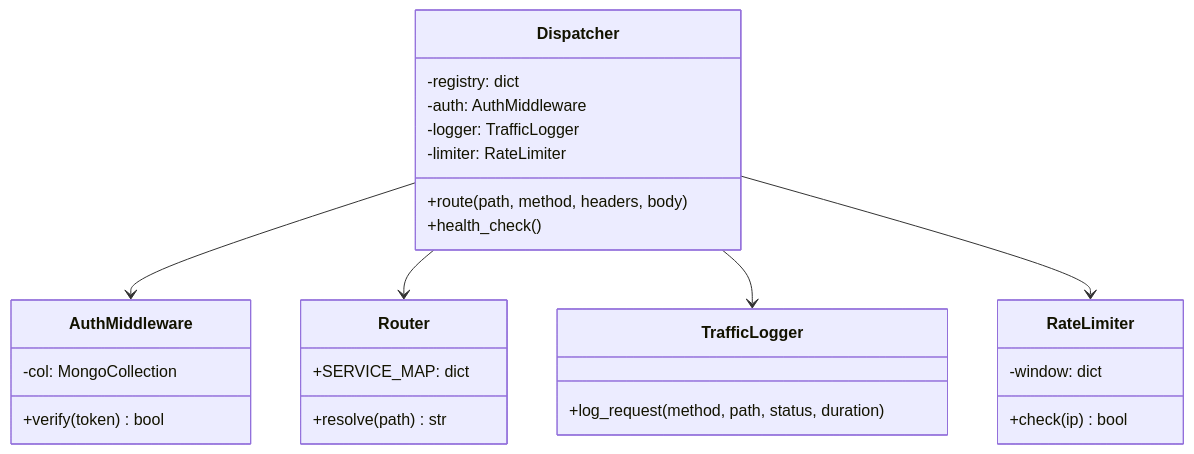
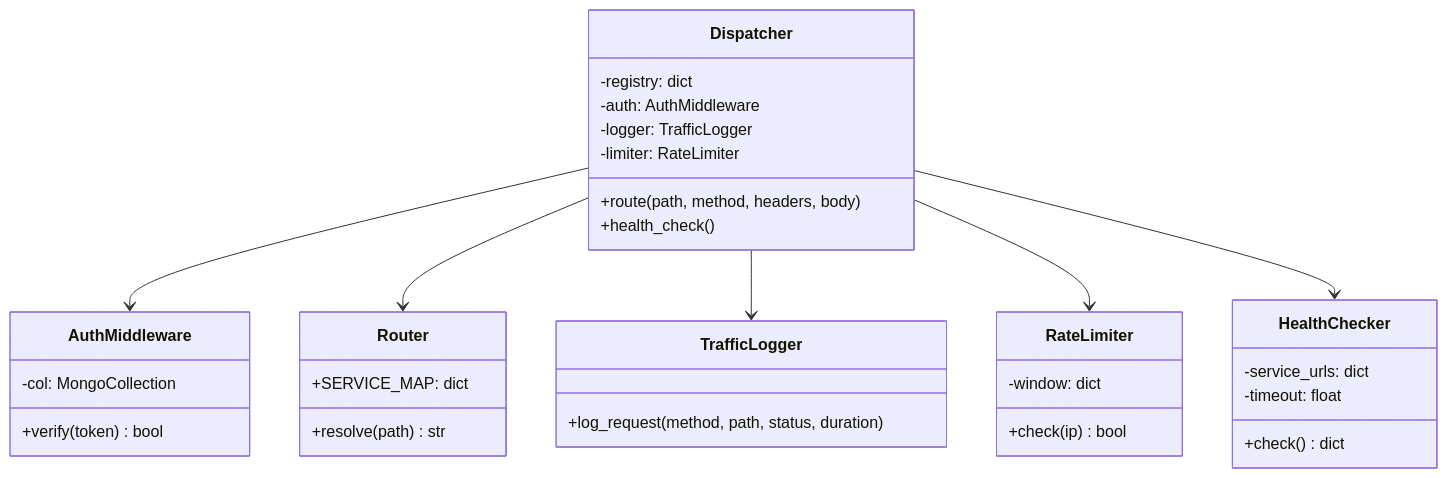
Before and after one commit to EmirKaraman24/mikroservis-api-gateway: the second of 2 diagrams in docs/report.md, drawn with Mermaid. The commit also changed other lines of this file and 20 other files, not shown here.

````diff
--- a/docs/report.md
+++ b/docs/report.md
@@ -69,30 +71,36 @@
 ```mermaid
 classDiagram
     class Dispatcher {
         -registry: dict
         -auth: AuthMiddleware
         -logger: TrafficLogger
         -limiter: RateLimiter
         +route(path, method, headers, body)
         +health_check()
     }
     class AuthMiddleware {
         -col: MongoCollection
         +verify(token) bool
     }
     class Router {
         +SERVICE_MAP: dict
         +resolve(path) str
     }
     class TrafficLogger {
         +log_request(method, path, status, duration)
     }
     class RateLimiter {
         -window: dict
         +check(ip) bool
     }
+    class HealthChecker {
+        -service_urls: dict
+        -timeout: float
+        +check() dict
+    }
     Dispatcher --> AuthMiddleware
     Dispatcher --> Router
     Dispatcher --> TrafficLogger
     Dispatcher --> RateLimiter
+    Dispatcher --> HealthChecker
 ```
````
